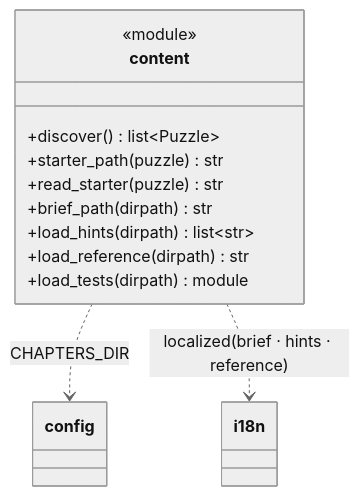
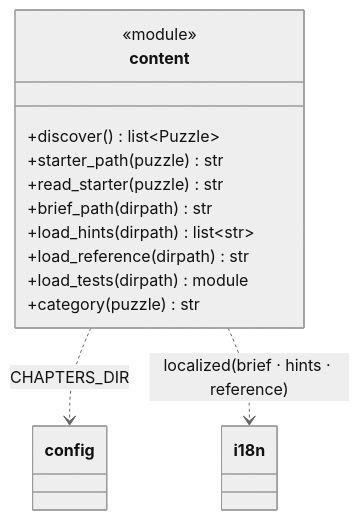
Before and after one commit to N041M/PyQuest: the fifth of 11 diagrams in docs/architecture/engine-core.md, drawn with Mermaid (neutral theme). The commit also changed 9 other files, not shown here.

Commit message:
Overhaul docs: master class diagram, refresh stale content, trim redundant diagrams

````diff
--- a/docs/architecture/engine-core.md
+++ b/docs/architecture/engine-core.md
@@ -123,15 +123,16 @@
 ```mermaid
 classDiagram
     class content {
         <<module>>
         +discover() list~Puzzle~
         +starter_path(puzzle) str
         +read_starter(puzzle) str
         +brief_path(dirpath) str
         +load_hints(dirpath) list~str~
         +load_reference(dirpath) str
         +load_tests(dirpath) module
+        +category(puzzle) str
     }
     content ..> config : CHAPTERS_DIR
     content ..> i18n : localized(brief · hints · reference)
 ```
````
